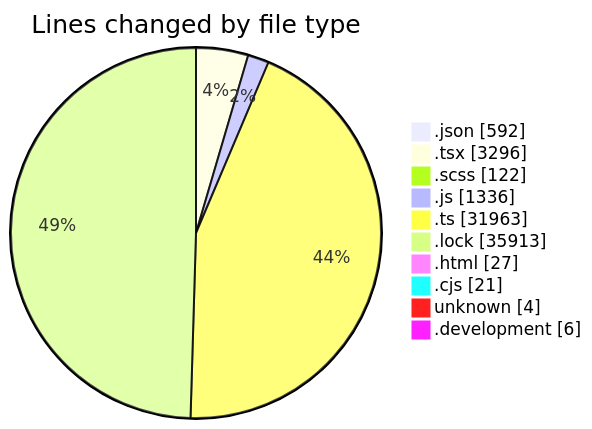
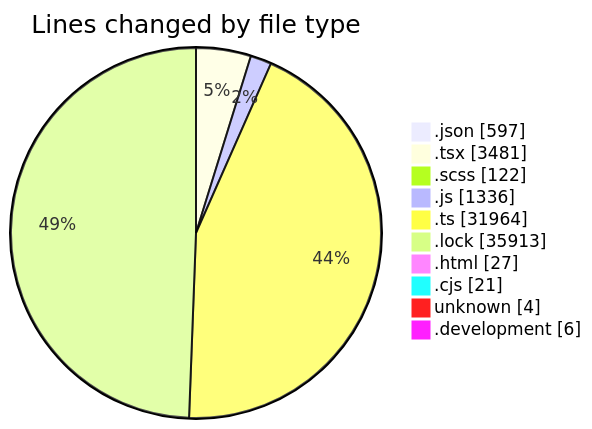
One commit to momahboobian/code-tracking changed the first of 2 diagrams in 2026-09-03/cda/README.md. Above: the diagram before and after it, drawn with Mermaid. The commit also changed other lines of this file and 1 other file, not shown here.

````diff
--- a/2026-09-03/cda/README.md
+++ b/2026-09-03/cda/README.md
@@ -67,14 +67,14 @@
 ```mermaid
 pie showData
 title Lines changed by file type
-".json" : 592
-".tsx" : 3296
+".json" : 597
+".tsx" : 3481
 ".scss" : 122
 ".js" : 1336
-".ts" : 31963
+".ts" : 31964
 ".lock" : 35913
 ".html" : 27
 ".cjs" : 21
 "unknown" : 4
 ".development" : 6
 ```
````
